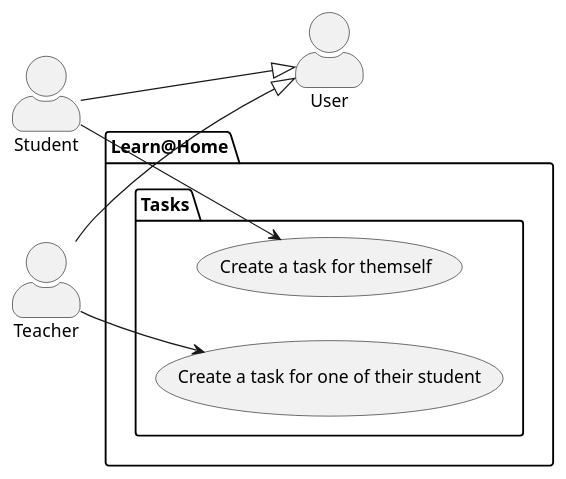
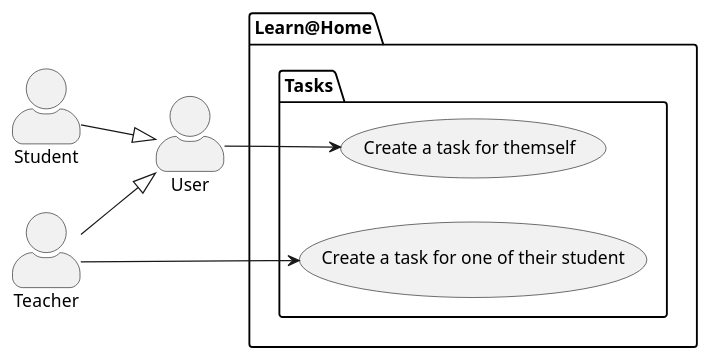
One commit to Zuruuh/dev4u changed the diagram in diagrams/use_cases/tasks.puml. Above: the diagram before and after it, drawn with PlantUML. The commit also changed 2 other files, not shown here.

Commit message:
✨ Update diagrams, add more actions for users

```diff
--- a/diagrams/use_cases/tasks.puml
+++ b/diagrams/use_cases/tasks.puml
@@ -1,23 +1,23 @@
 @startuml Tasks
 
 skinparam actorStyle awesome
 left to right direction
 
 actor "User" as user
 actor "Student" as student
 actor "Teacher" as teacher
 
 package Learn@Home {
     package Tasks {
         usecase "Create a task for themself" as create_task_for_self
         usecase "Create a task for one of their student" as create_task_for_student
     }
 }
 
 teacher --|> user
 student --|> user
 
-student --> create_task_for_self
+user --> create_task_for_self
 teacher --> create_task_for_student
 
 @enduml
```
